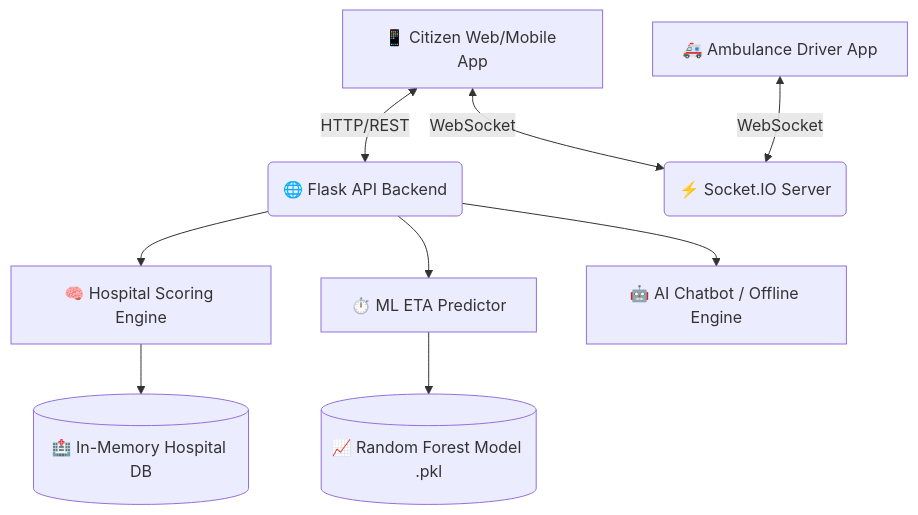
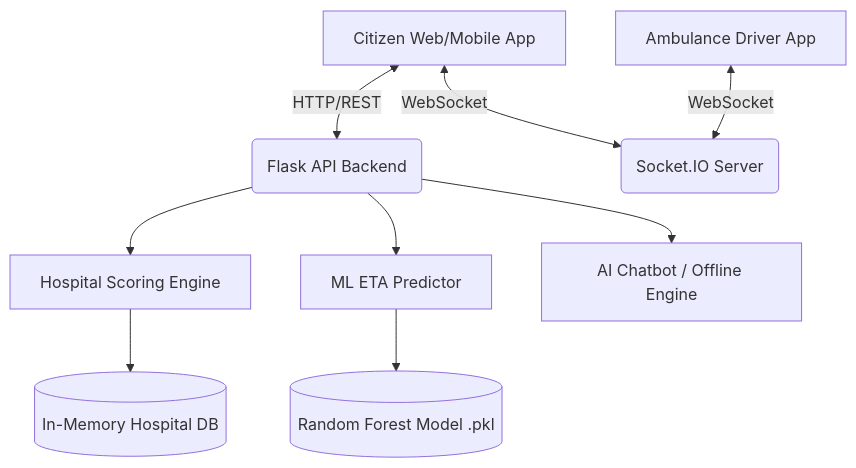
One commit to MishaHawwa/ARO changed the diagram in readme.md. Above: the diagram before and after it, drawn with Mermaid. The commit also changed other lines of this file, not shown here.

````diff
--- a/readme.md
+++ b/readme.md
@@ -77,14 +77,14 @@
 ```mermaid
 graph TD
-    A[📱 Citizen Web/Mobile App] <-->|HTTP/REST| B(🌐 Flask API Backend)
-    A <-->|WebSocket| C(⚡ Socket.IO Server)
+    A[Citizen Web/Mobile App] <-->|HTTP/REST| B(Flask API Backend)
+    A <-->|WebSocket| C(Socket.IO Server)
     
-    D[🚑 Ambulance Driver App] <-->|WebSocket| C
+    D[Ambulance Driver App] <-->|WebSocket| C
     
-    B --> E[🧠 Hospital Scoring Engine]
-    B --> F[⏱️ ML ETA Predictor]
-    B --> G[🤖 AI Chatbot / Offline Engine]
+    B --> E[Hospital Scoring Engine]
+    B --> F[ML ETA Predictor]
+    B --> G[AI Chatbot / Offline Engine]
     
-    E --> H[(🏥 In-Memory Hospital DB)]
-    F --> I[(📈 Random Forest Model .pkl)]
+    E --> H[(In-Memory Hospital DB)]
+    F --> I[(Random Forest Model .pkl)]
 ```
````
